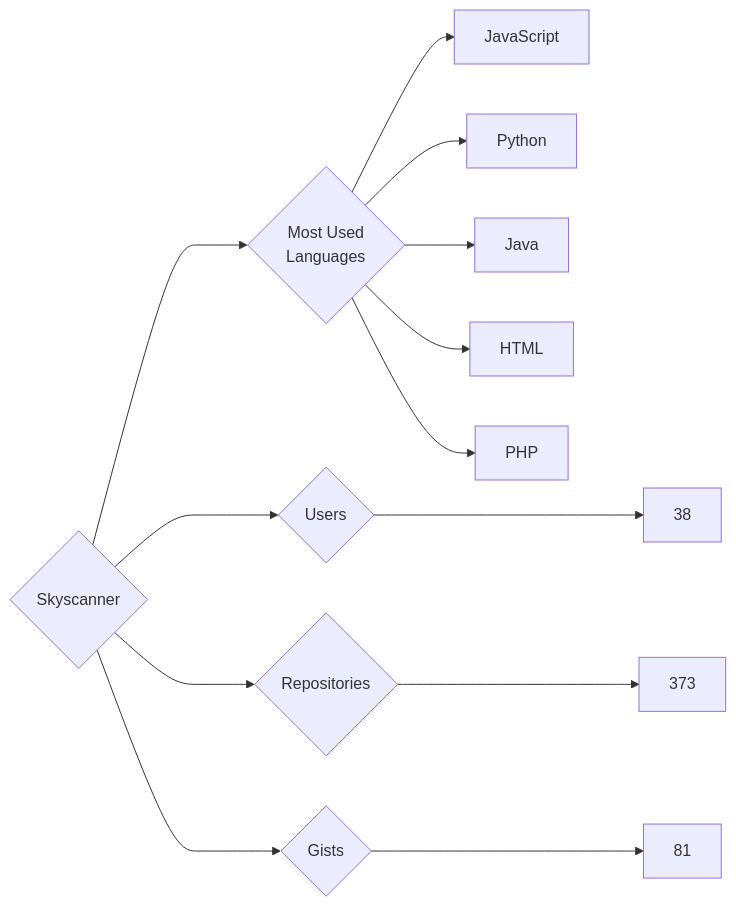
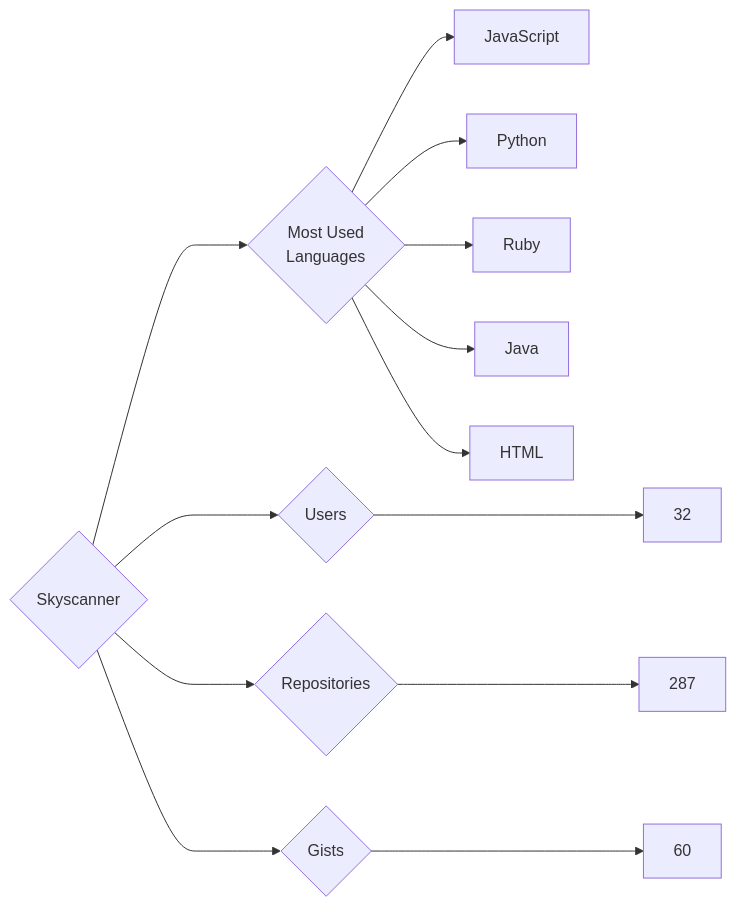
One commit to trickest/insiders changed the diagram in targets/Skyscanner/README.md. Above: the diagram before and after it, drawn with Mermaid. The commit also changed 870 other files, not shown here.

````diff
--- a/targets/Skyscanner/README.md
+++ b/targets/Skyscanner/README.md
@@ -3,13 +3,13 @@
 ```mermaid
 graph LR
 COMPANY_NAME{Skyscanner}
-COMPANY_NAME ---> U{Users} ---> UN[38]
-COMPANY_NAME ---> R{Repositories} ---> RN[373]
-COMPANY_NAME ---> G{Gists} ---> GN[81]
+COMPANY_NAME ---> U{Users} ---> UN[32]
+COMPANY_NAME ---> R{Repositories} ---> RN[287]
+COMPANY_NAME ---> G{Gists} ---> GN[60]
 COMPANY_NAME ---> ML{Most Used<br>Languages}
 ML --> JavaScript[JavaScript]
 ML --> Python[Python]
+ML --> Ruby[Ruby]
 ML --> Java[Java]
 ML --> HTML[HTML]
-ML --> PHP[PHP]
 ```
````
